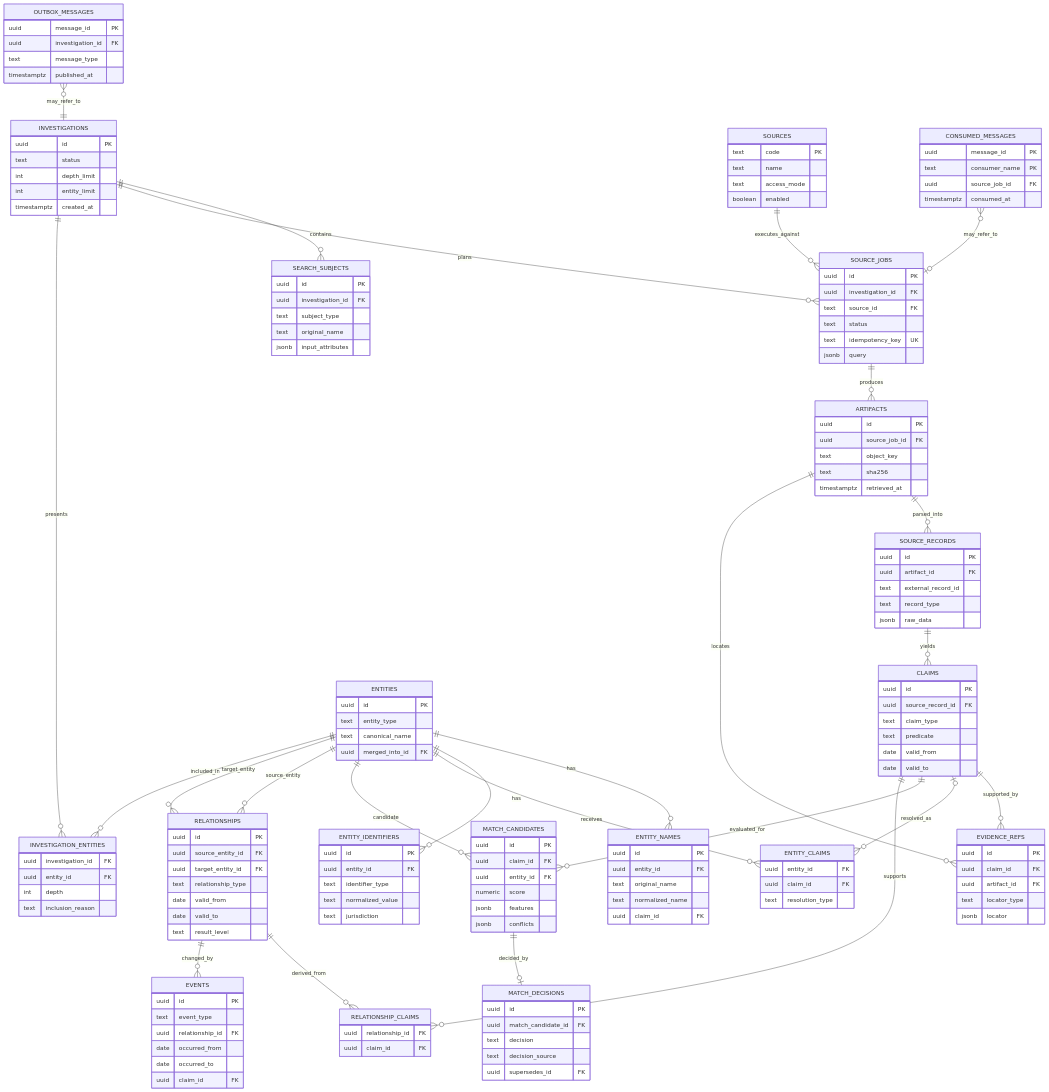
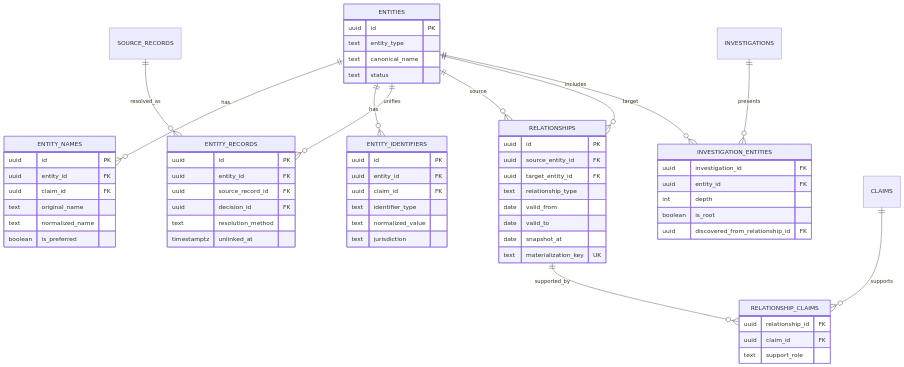
One commit to opazdunTeam/GraphX changed the second of 3 diagrams in docs/technical/04-data-model.md. Above: the diagram before and after it, drawn with Mermaid. The commit also changed other lines of this file and 34 other files, not shown here.

````diff
--- a/docs/technical/04-data-model.md
+++ b/docs/technical/04-data-model.md
@@ -25,101 +168,34 @@
 ```mermaid
 erDiagram
-    INVESTIGATIONS {
-        uuid id PK
-        text status
-        int depth_limit
-        int entity_limit
-        timestamptz created_at
-    }
-    SEARCH_SUBJECTS {
-        uuid id PK
-        uuid investigation_id FK
-        text subject_type
-        text original_name
-        jsonb input_attributes
-    }
-    SOURCES {
-        text code PK
-        text name
-        text access_mode
-        boolean enabled
-    }
-    SOURCE_JOBS {
-        uuid id PK
-        uuid investigation_id FK
-        text source_id FK
-        text status
-        text idempotency_key UK
-        jsonb query
-    }
-    ARTIFACTS {
-        uuid id PK
-        uuid source_job_id FK
-        text object_key
-        text sha256
-        timestamptz retrieved_at
-    }
-    SOURCE_RECORDS {
-        uuid id PK
-        uuid artifact_id FK
-        text external_record_id
-        text record_type
-        jsonb raw_data
-    }
-    CLAIMS {
-        uuid id PK
-        uuid source_record_id FK
-        text claim_type
-        text predicate
-        date valid_from
-        date valid_to
-    }
-    EVIDENCE_REFS {
-        uuid id PK
-        uuid claim_id FK
-        uuid artifact_id FK
-        text locator_type
-        jsonb locator
-    }
     ENTITIES {
         uuid id PK
         text entity_type
         text canonical_name
-        uuid merged_into_id FK
+        text status
     }
     ENTITY_NAMES {
         uuid id PK
         uuid entity_id FK
+        uuid claim_id FK
         text original_name
         text normalized_name
-        uuid claim_id FK
+        boolean is_preferred
     }
     ENTITY_IDENTIFIERS {
         uuid id PK
         uuid entity_id FK
+        uuid claim_id FK
         text identifier_type
         text normalized_value
         text jurisdiction
     }
-    ENTITY_CLAIMS {
+    ENTITY_RECORDS {
+        uuid id PK
         uuid entity_id FK
-        uuid claim_id FK
-        text resolution_type
-    }
-    MATCH_CANDIDATES {
-        uuid id PK
-        uuid claim_id FK
-        uuid entity_id FK
-        numeric score
-        jsonb features
-        jsonb conflicts
-    }
-    MATCH_DECISIONS {
-        uuid id PK
-        uuid match_candidate_id FK
-        text decision
-        text decision_source
-        uuid supersedes_id FK
+        uuid source_record_id FK
+        uuid decision_id FK
+        text resolution_method
+        timestamptz unlinked_at
     }
     RELATIONSHIPS {
         uuid id PK
@@ -128,66 +204,29 @@
         text relationship_type
         date valid_from
         date valid_to
-        text result_level
+        date snapshot_at
+        text materialization_key UK
     }
     RELATIONSHIP_CLAIMS {
         uuid relationship_id FK
         uuid claim_id FK
-    }
-    EVENTS {
-        uuid id PK
-        text event_type
-        uuid relationship_id FK
-        date occurred_from
-        date occurred_to
-        uuid claim_id FK
+        text support_role
     }
     INVESTIGATION_ENTITIES {
         uuid investigation_id FK
         uuid entity_id FK
         int depth
-        text inclusion_reason
+        boolean is_root
+        uuid discovered_from_relationship_id FK
     }
-    OUTBOX_MESSAGES {
-        uuid message_id PK
-        uuid investigation_id FK
-        text message_type
-        timestamptz published_at
-    }
-    CONSUMED_MESSAGES {
-        uuid message_id PK
-        text consumer_name PK
-        uuid source_job_id FK
-        timestamptz consumed_at
-    }
-
-    INVESTIGATIONS ||--o{ SEARCH_SUBJECTS : contains
-    INVESTIGATIONS ||--o{ SOURCE_JOBS : plans
-    SOURCES ||--o{ SOURCE_JOBS : executes_against
-    SOURCE_JOBS ||--o{ ARTIFACTS : produces
-    ARTIFACTS ||--o{ SOURCE_RECORDS : parsed_into
-    SOURCE_RECORDS ||--o{ CLAIMS : yields
-    CLAIMS ||--o{ EVIDENCE_REFS : supported_by
-    ARTIFACTS ||--o{ EVIDENCE_REFS : locates
-
     ENTITIES ||--o{ ENTITY_NAMES : has
     ENTITIES ||--o{ ENTITY_IDENTIFIERS : has
-    CLAIMS o|--o{ ENTITY_CLAIMS : resolved_as
-    ENTITIES ||--o{ ENTITY_CLAIMS : receives
-
-    CLAIMS ||--o{ MATCH_CANDIDATES : evaluated_for
-    ENTITIES ||--o{ MATCH_CANDIDATES : candidate
-    MATCH_CANDIDATES ||--o| MATCH_DECISIONS : decided_by
-
-    ENTITIES ||--o{ RELATIONSHIPS : source_entity
-    ENTITIES ||--o{ RELATIONSHIPS : target_entity
+    ENTITIES ||--o{ ENTITY_RECORDS : unifies
+    SOURCE_RECORDS ||--o{ ENTITY_RECORDS : resolved_as
+    ENTITIES ||--o{ RELATIONSHIPS : source
+    ENTITIES ||--o{ RELATIONSHIPS : target
+    RELATIONSHIPS ||--o{ RELATIONSHIP_CLAIMS : supported_by
     CLAIMS ||--o{ RELATIONSHIP_CLAIMS : supports
-    RELATIONSHIPS ||--o{ RELATIONSHIP_CLAIMS : derived_from
-    RELATIONSHIPS ||--o{ EVENTS : changed_by
-
     INVESTIGATIONS ||--o{ INVESTIGATION_ENTITIES : presents
-    ENTITIES ||--o{ INVESTIGATION_ENTITIES : included_in
-
-    OUTBOX_MESSAGES }o--|| INVESTIGATIONS : may_refer_to
-    CONSUMED_MESSAGES }o--o| SOURCE_JOBS : may_refer_to
+    ENTITIES ||--o{ INVESTIGATION_ENTITIES : includes
 ```
````
